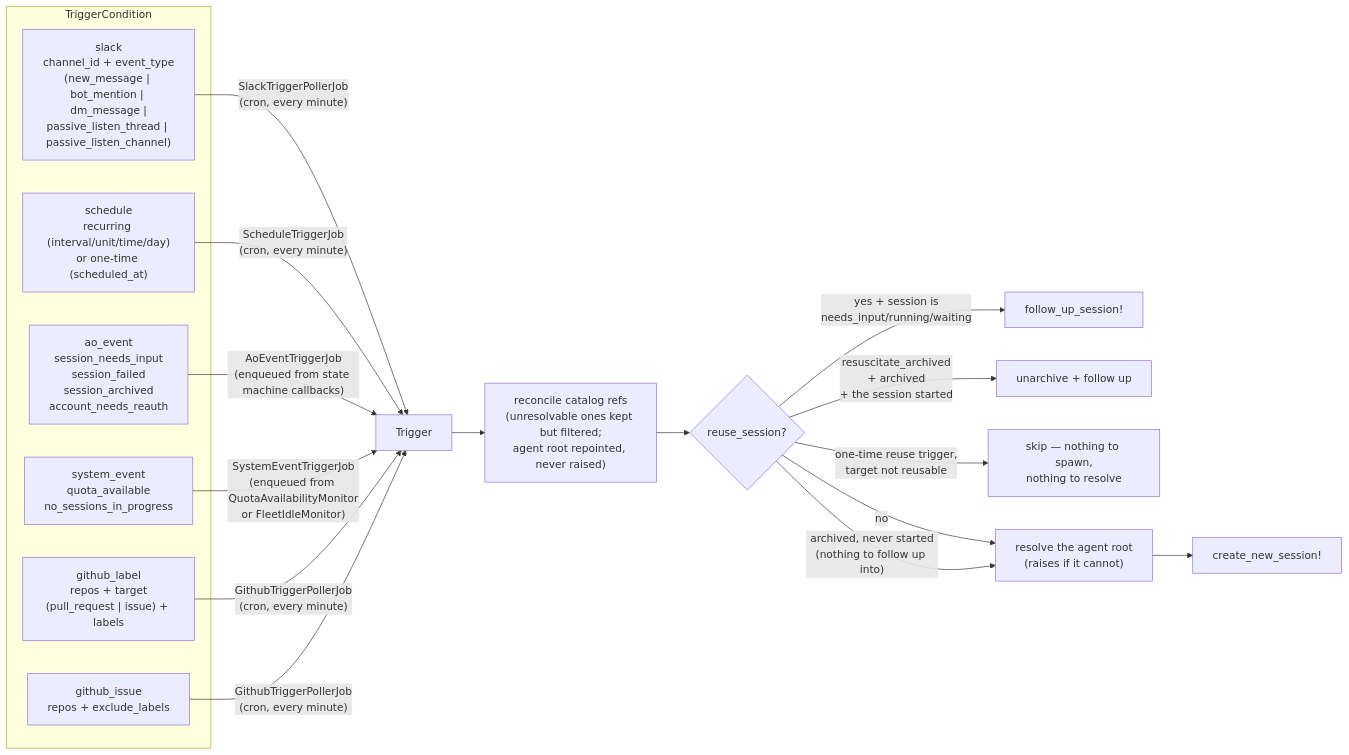
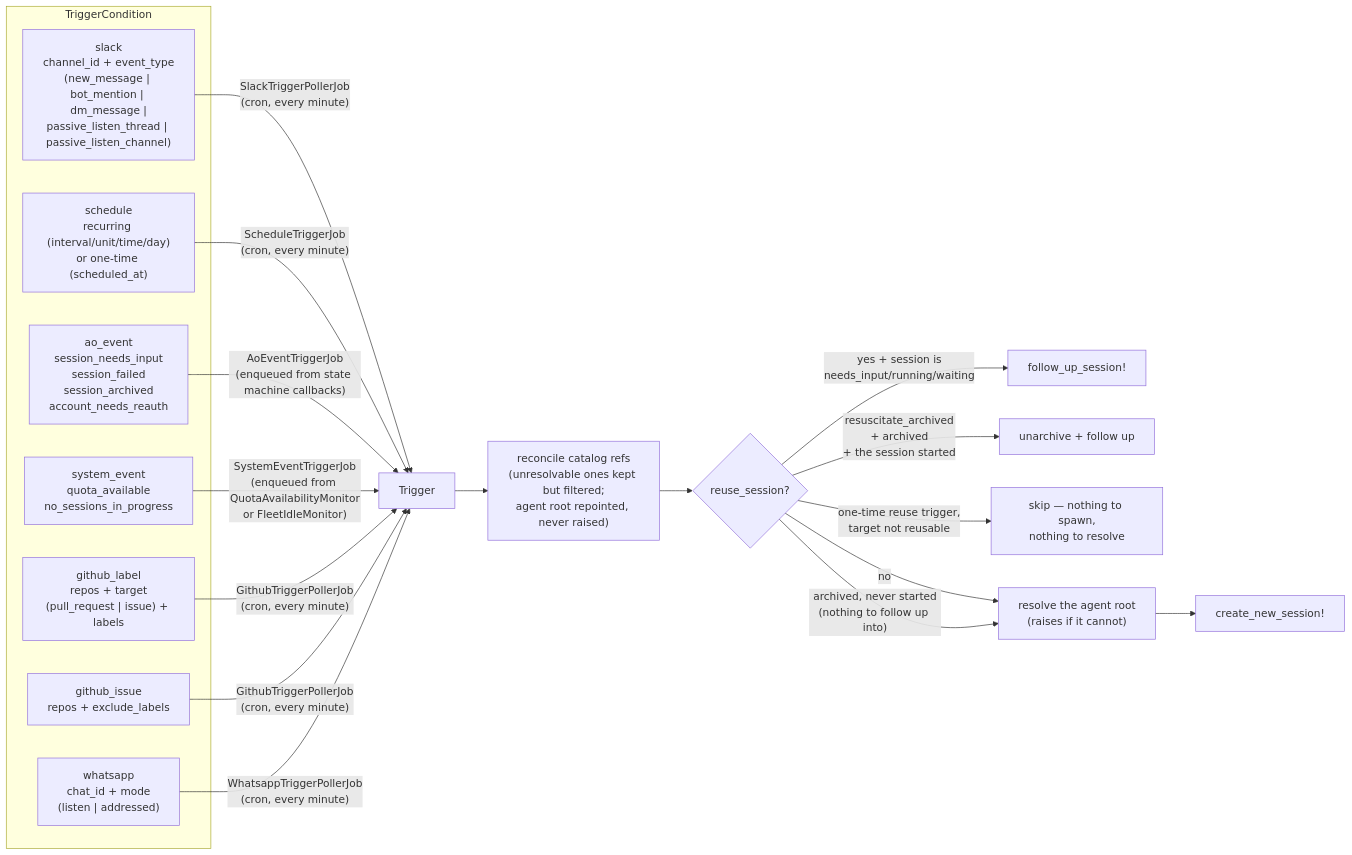
Before and after one commit to tadasant/zimmer: the first of 2 diagrams in docs/src/content/docs/sessions/triggers.md, drawn with Mermaid. The commit also changed other lines of this file and 30 other files, not shown here.

````diff
--- a/docs/src/content/docs/sessions/triggers.md
+++ b/docs/src/content/docs/sessions/triggers.md
@@ -20,27 +20,29 @@
 ```mermaid
 flowchart LR
     subgraph conditions["TriggerCondition"]
         SL["slack<br/>channel_id + event_type<br/>(new_message | bot_mention | dm_message |<br/>passive_listen_thread | passive_listen_channel)"]
         SC["schedule<br/>recurring (interval/unit/time/day)<br/>or one-time (scheduled_at)"]
         AO["ao_event<br/>session_needs_input<br/>session_failed<br/>session_archived<br/>account_needs_reauth"]
         SE["system_event<br/>quota_available<br/>no_sessions_in_progress"]
         GL["github_label<br/>repos + target<br/>(pull_request | issue) + labels"]
         GI["github_issue<br/>repos + exclude_labels"]
+        WA["whatsapp<br/>chat_id + mode<br/>(listen | addressed)"]
     end
 
     SL -->|"SlackTriggerPollerJob<br/>(cron, every minute)"| T["Trigger"]
     SC -->|"ScheduleTriggerJob<br/>(cron, every minute)"| T
     AO -->|"AoEventTriggerJob<br/>(enqueued from state machine callbacks)"| T
     SE -->|"SystemEventTriggerJob<br/>(enqueued from QuotaAvailabilityMonitor<br/>or FleetIdleMonitor)"| T
     GL -->|"GithubTriggerPollerJob<br/>(cron, every minute)"| T
     GI -->|"GithubTriggerPollerJob<br/>(cron, every minute)"| T
+    WA -->|"WhatsappTriggerPollerJob<br/>(cron, every minute)"| T
 
     T --> H["reconcile catalog refs<br/>(unresolvable ones kept but filtered;<br/>agent root repointed, never raised)"]
     H --> D{"reuse_session?"}
     D -->|"yes + session is<br/>needs_input/running/waiting"| FU["follow_up_session!"]
     D -->|"resuscitate_archived<br/>+ archived<br/>+ the session started"| RS["unarchive + follow up"]
     D -->|"one-time reuse trigger,<br/>target not reusable"| SK["skip — nothing to spawn,<br/>nothing to resolve"]
     D -->|no| HR["resolve the agent root<br/>(raises if it cannot)"]
     D -->|"archived, never started<br/>(nothing to follow up into)"| HR
     HR --> NEW["create_new_session!"]
 ```
````
